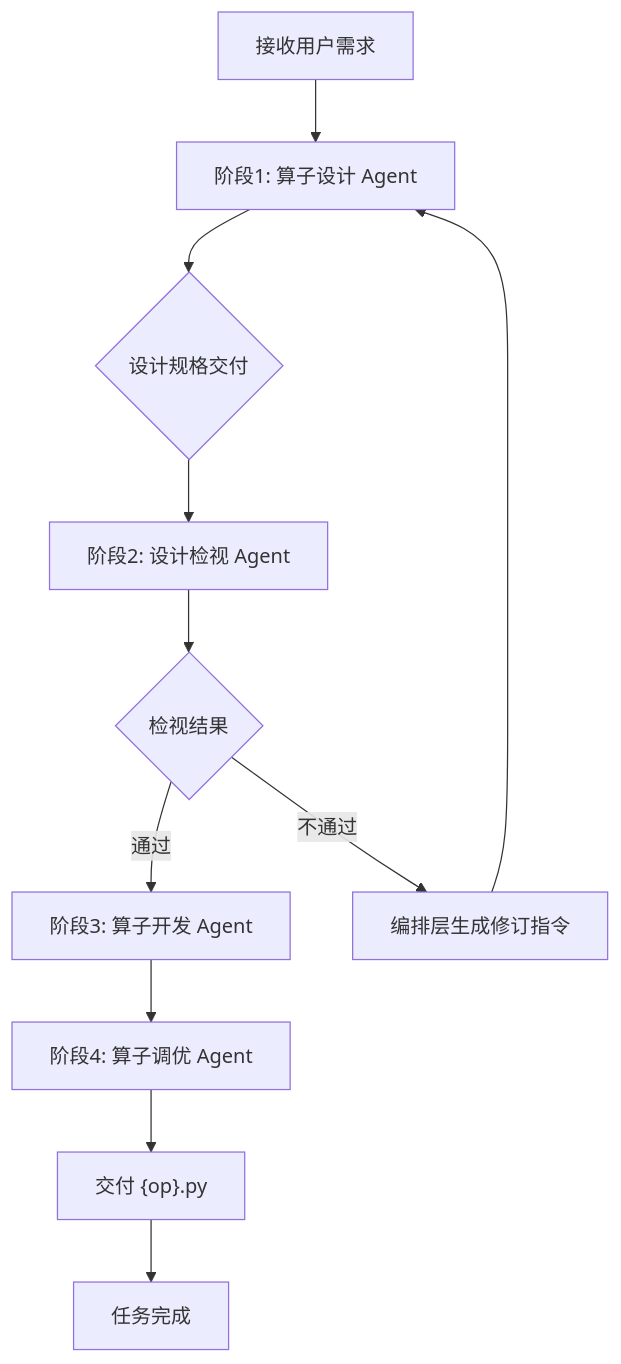
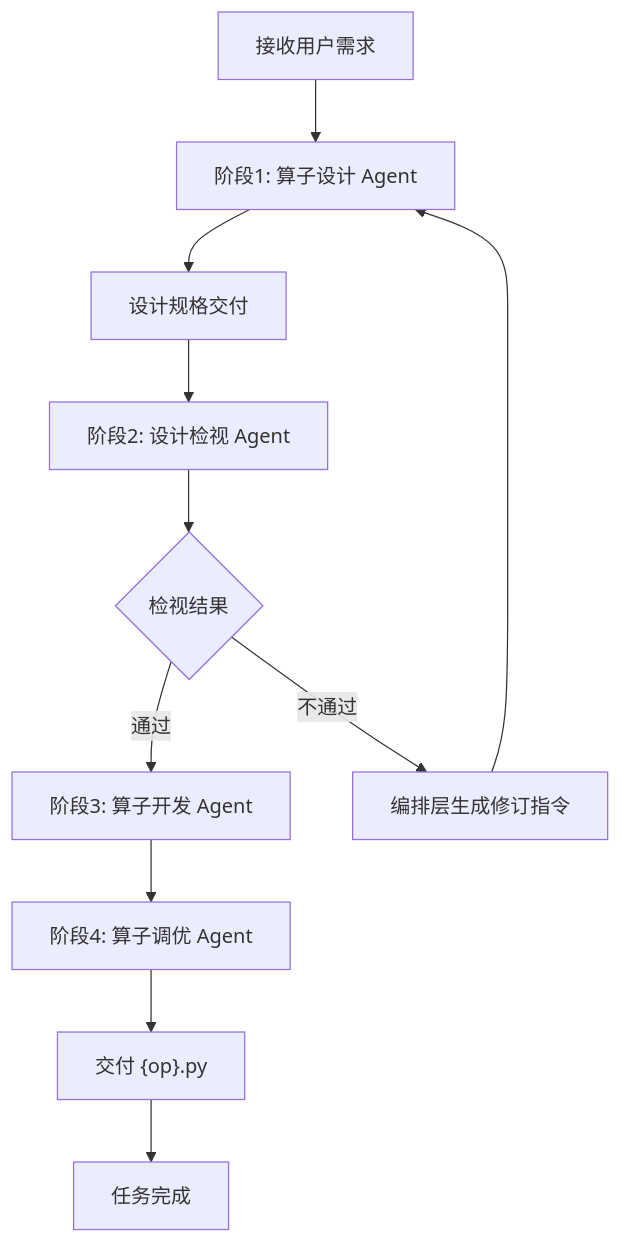
The first of 2 diagrams in .opencode/agents/tilelang-op-conductor.md (dazuozcy/tilelang-mlir-ascend), drawn with Mermaid before and after one commit. The commit also changed other lines of this file and 8 other files, not shown here.

````diff
--- a/.opencode/agents/tilelang-op-conductor.md
+++ b/.opencode/agents/tilelang-op-conductor.md
@@ -36,13 +48,13 @@
 ```mermaid
 graph TD
     A[接收用户需求] --> B[阶段1: 算子设计 Agent]
-    B --> C{设计规格交付}
+    B --> C[设计规格交付]
     C --> D[阶段2: 设计检视 Agent]
     D --> E{检视结果}
     E -- 通过 --> F[阶段3: 算子开发 Agent]
     E -- 不通过 --> G[编排层生成修订指令]
     G --> B
     F --> H[阶段4: 算子调优 Agent]
     H --> I["交付 {op}.py"]
     I --> J[任务完成]
 ```
````
